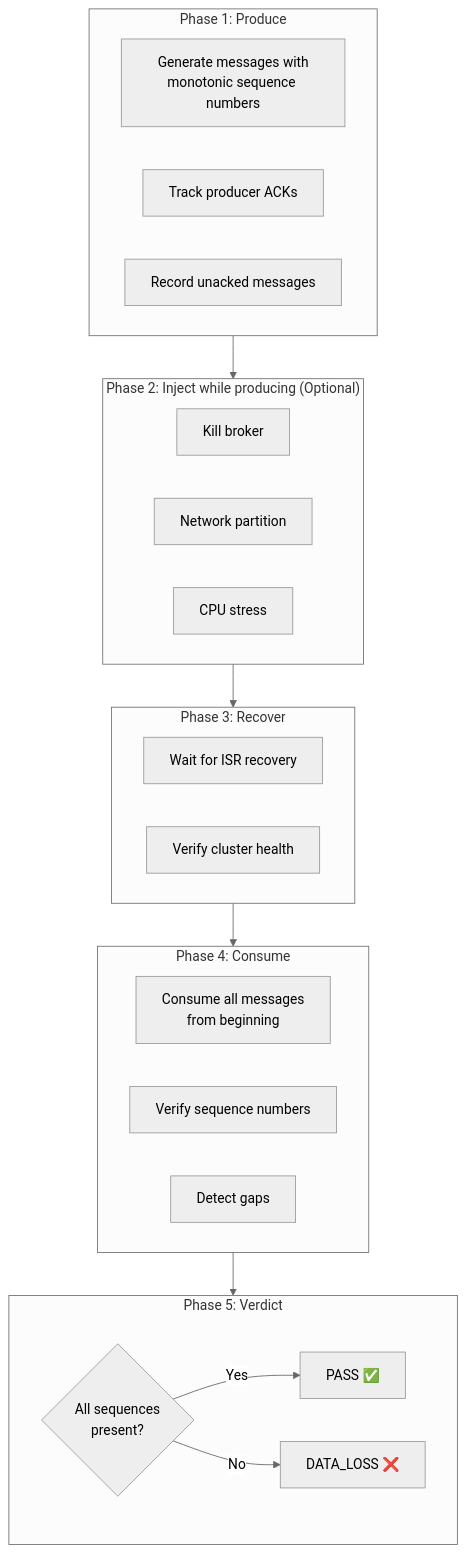
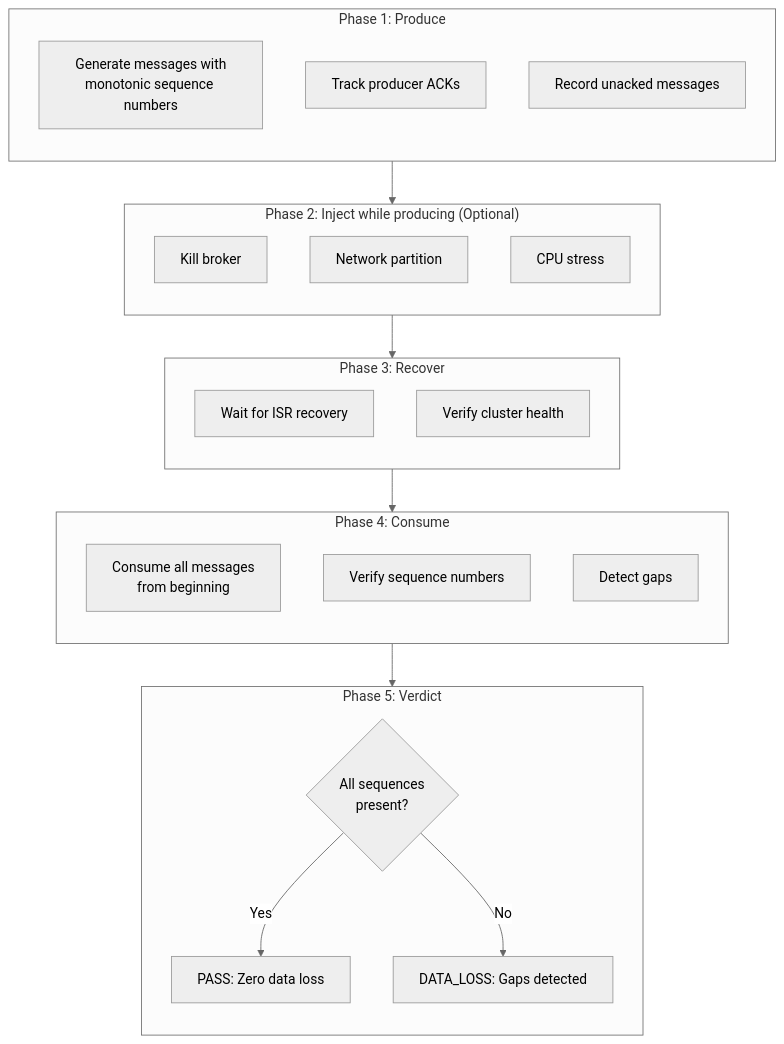
Before and after one commit to actions-marketplace-validations/bmscomp_kates: the first of 3 diagrams in docs/book/08-data-integrity.md, drawn with Mermaid (neutral theme). The commit also changed other lines of this file and 27 other files, not shown here.

````diff
--- a/docs/book/08-data-integrity.md
+++ b/docs/book/08-data-integrity.md
@@ -25,38 +27,46 @@
 ```mermaid
+%%| label: fig-integrity-verification-pipeline
+%%| fig-cap: "The five-phase INTEGRITY verification pipeline: sequenced production, optional fault injection, ISR recovery, full topic replay, and sequence gap evaluation."
+%%| fig-alt: "Top-down flowchart across five phases: Phase 1 Produce (generate messages with monotonic sequence numbers, track producer ACKs, record unacked messages), Phase 2 Inject while producing (optional: kill broker, network partition, or CPU stress), Phase 3 Recover (wait for ISR recovery, verify cluster health), Phase 4 Consume (consume all messages from beginning, verify sequence numbers, detect gaps), and Phase 5 Verdict (decision whether all acknowledged sequences are present: Yes yields PASS, No yields DATA_LOSS)."
 graph TB
     subgraph Produce["Phase 1: Produce"]
+        direction TB
         P1[Generate messages with<br/>monotonic sequence numbers]
         P2[Track producer ACKs]
         P3[Record unacked messages]
     end
     
     subgraph Inject["Phase 2: Inject while producing (Optional)"]
+        direction TB
         I1[Kill broker]
         I2[Network partition]
         I3[CPU stress]
     end
     
     subgraph Recover["Phase 3: Recover"]
+        direction TB
         R1[Wait for ISR recovery]
         R2[Verify cluster health]
     end
     
     subgraph Consume["Phase 4: Consume"]
+        direction TB
         C1[Consume all messages<br/>from beginning]
         C2[Verify sequence numbers]
         C3[Detect gaps]
     end
     
     subgraph Verdict["Phase 5: Verdict"]
+        direction TB
         V1{All sequences<br/>present?}
-        PASS[PASS ✅]
-        FAIL[DATA_LOSS ❌]
+        PASS[PASS: Zero data loss]
+        FAIL[DATA_LOSS: Gaps detected]
     end
     
     Produce --> Inject
     Inject --> Recover
     Recover --> Consume
     Consume --> Verdict
     V1 -->|Yes| PASS
     V1 -->|No| FAIL
 ```
````
